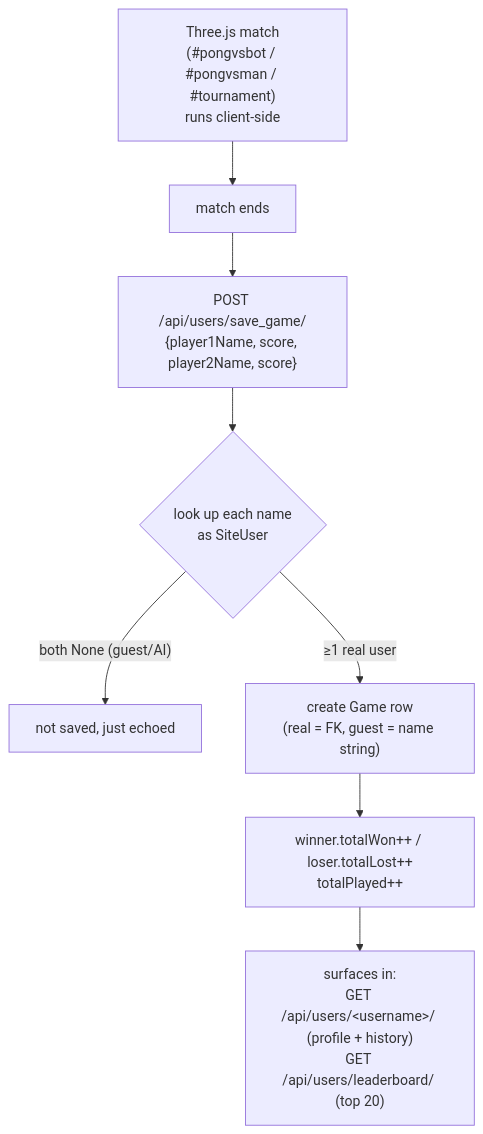
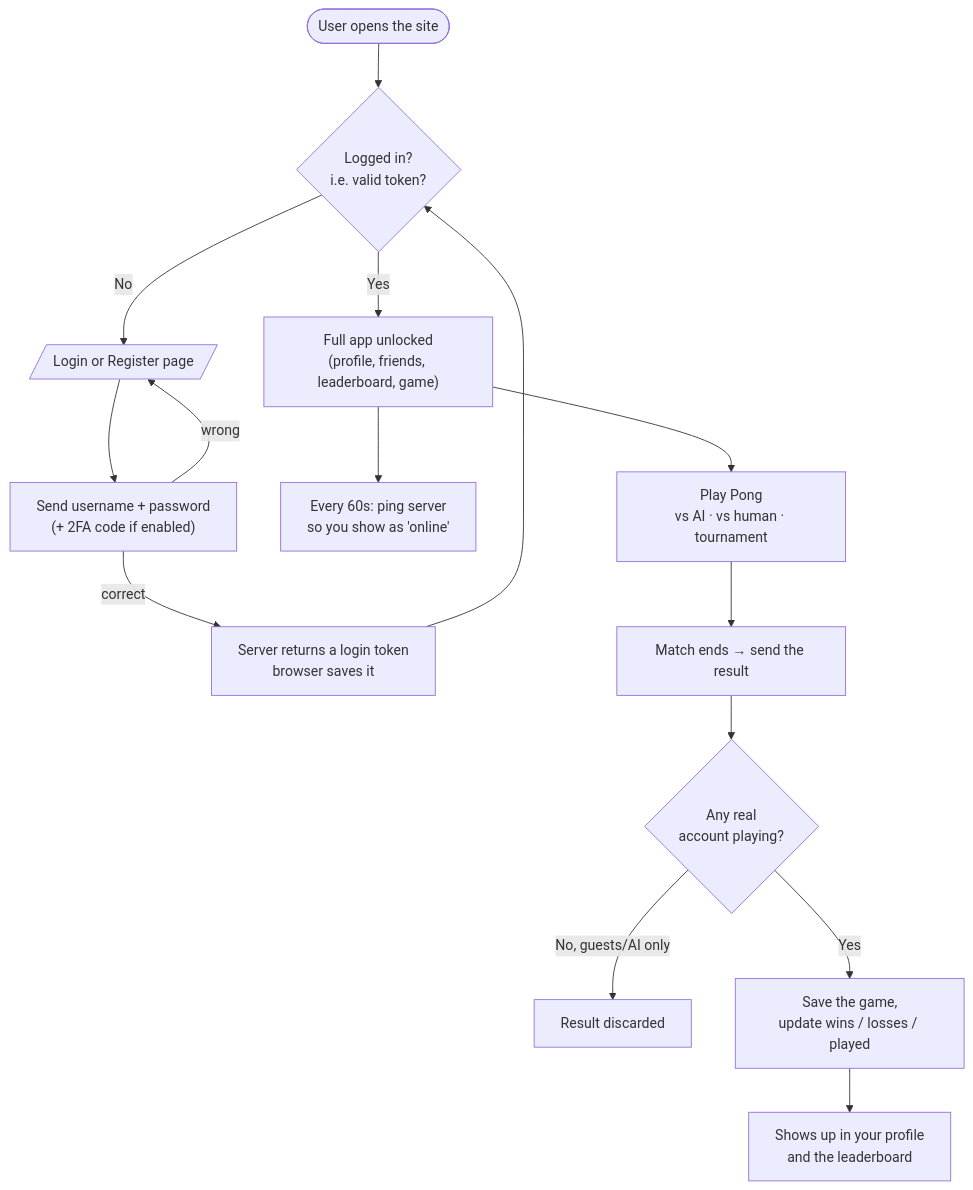
The second of 3 diagrams in README.md (itzbw/ft_transcendence), drawn with Mermaid before and after one commit. The commit also changed other lines of this file, not shown here.

Commit message:
Refactor README to enhance architecture clarity and user flow diagrams

````diff
--- a/README.md
+++ b/README.md
@@ -112,10 +54,20 @@
 ```mermaid
 flowchart TD
-    G["Three.js match<br/>(#pongvsbot / #pongvsman / #tournament)<br/>runs client-side"] --> END["match ends"]
-    END --> SG["POST /api/users/save_game/<br/>{player1Name, score, player2Name, score}"]
-    SG --> LK{"look up each name<br/>as SiteUser"}
-    LK -- "both None (guest/AI)" --> SKIP["not saved, just echoed"]
-    LK -- "≥1 real user" --> CR["create Game row<br/>(real = FK, guest = name string)"]
-    CR --> ST["winner.totalWon++ / loser.totalLost++<br/>totalPlayed++"]
-    ST --> SURF["surfaces in:<br/>GET /api/users/&lt;username&gt;/ (profile + history)<br/>GET /api/users/leaderboard/ (top 20)"]
+    Start([User opens the site]) --> Check{Logged in?<br/>i.e. valid token?}
+
+    Check -->|No| Login[/"Login or Register page"/]
+    Login --> Auth["Send username + password<br/>(+ 2FA code if enabled)"]
+    Auth -->|wrong| Login
+    Auth -->|correct| Token["Server returns a login token<br/>browser saves it"]
+    Token --> Check
+
+    Check -->|Yes| App["Full app unlocked<br/>(profile, friends, leaderboard, game)"]
+    App --> Heartbeat["Every 60s: ping server<br/>so you show as 'online'"]
+
+    App --> Play["Play Pong<br/>vs AI · vs human · tournament"]
+    Play --> Finish["Match ends → send the result"]
+    Finish --> Save{"Any real<br/>account playing?"}
+    Save -->|No, guests/AI only| Discard["Result discarded"]
+    Save -->|Yes| Record["Save the game,<br/>update wins / losses / played"]
+    Record --> Stats["Shows up in your profile<br/>and the leaderboard"]
 ```
````
